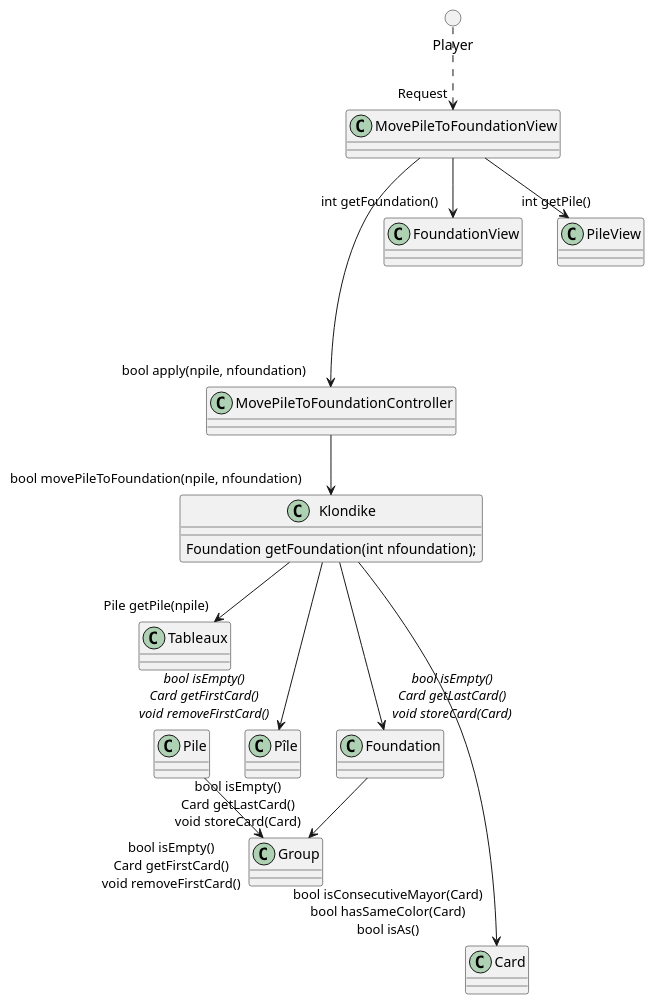
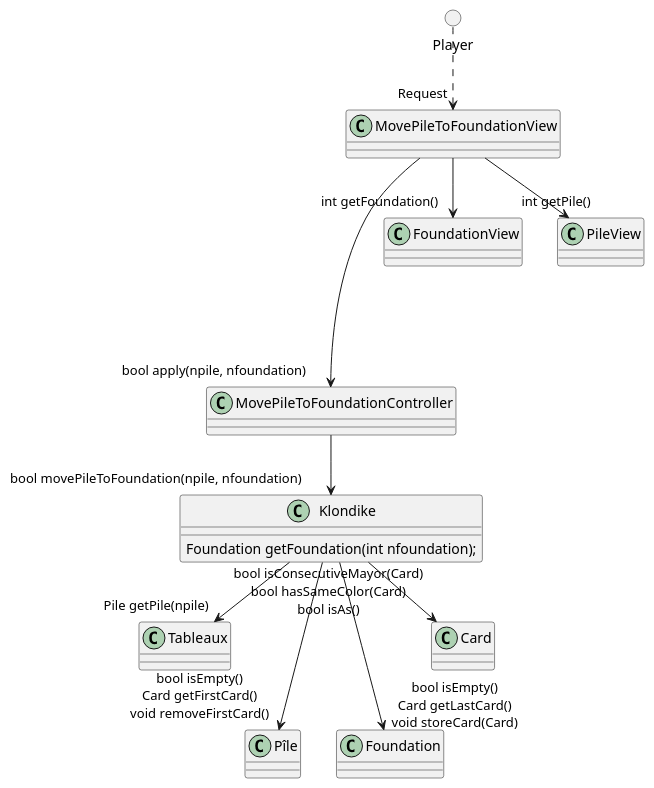
Before and after one commit to ciscoruiz/klondike: the diagram in analysis/collaboration/MovePileToFoundation.puml, drawn with PlantUML. The commit also changed 2 other files, not shown here.

Commit message:
Remove references to Group class

```diff
--- a/analysis/collaboration/MovePileToFoundation.puml
+++ b/analysis/collaboration/MovePileToFoundation.puml
@@ -1,30 +1,27 @@
 @startuml
 class MovePileToFoundationView
 class MovePileToFoundationController
 class Klondike
 circle Player
 
 Player ..> "Request" MovePileToFoundationView
 
 MovePileToFoundationView --> "int getFoundation()" FoundationView
 MovePileToFoundationView --> "int getPile()" PileView
 
 MovePileToFoundationView ----> "bool apply(npile, nfoundation)" MovePileToFoundationController
 
 MovePileToFoundationController --> "bool movePileToFoundation(npile, nfoundation)" Klondike
 
 class Klondike {
    Foundation getFoundation(int nfoundation);
 }
 
 Klondike --> "Pile getPile(npile)" Tableaux
 
-Klondike ---> "//bool isEmpty()//\n//Card getFirstCard()//\n//void removeFirstCard()//" Pîle
-Klondike ---> "//bool isEmpty()//\n//Card getLastCard()//\n//void storeCard(Card)//" Foundation
+Klondike ---> "bool isEmpty()\nCard getFirstCard()\nvoid removeFirstCard()" Pîle
+Klondike ---> "bool isEmpty()\nCard getLastCard()\nvoid storeCard(Card)" Foundation
 
-Pile --> "bool isEmpty()\nCard getFirstCard()\nvoid removeFirstCard()" Group
-Foundation --> "bool isEmpty()\nCard getLastCard()\nvoid storeCard(Card)" Group
-
-Klondike -----> "bool isConsecutiveMayor(Card)\nbool hasSameColor(Card)\nbool isAs()" Card
+Klondike --> "bool isConsecutiveMayor(Card)\nbool hasSameColor(Card)\nbool isAs()" Card
 
 @enduml
```
